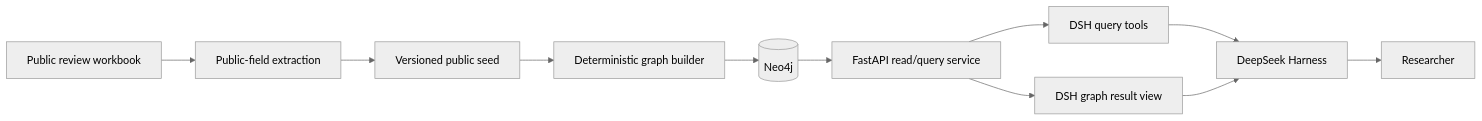
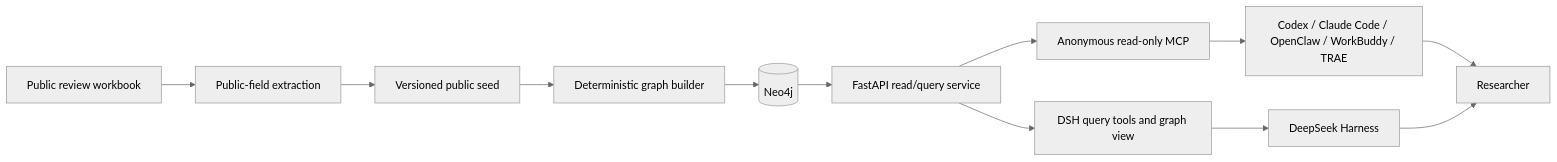
One commit to jianchuanqi/global-lca-asset changed the first of 3 diagrams in docs/architecture.md. Above: the diagram before and after it, drawn with Mermaid (neutral theme). The commit also changed other lines of this file and 18 other files, not shown here.

````diff
--- a/docs/architecture.md
+++ b/docs/architecture.md
@@ -7,13 +7,14 @@
 ```mermaid
 flowchart LR
     W[Public review workbook] --> P[Public-field extraction]
     P --> S[Versioned public seed]
     S --> I[Deterministic graph builder]
     I --> N[(Neo4j)]
     N --> A[FastAPI read/query service]
-    A --> D[DSH query tools]
-    D --> H[DeepSeek Harness]
-    A --> V[DSH graph result view]
-    V --> H
+    A --> M[Anonymous read-only MCP]
+    M --> H[Codex / Claude Code / OpenClaw / WorkBuddy / TRAE]
+    A --> D[DSH query tools and graph view]
+    D --> H2[DeepSeek Harness]
     H --> U[Researcher]
+    H2 --> U
 ```
````
